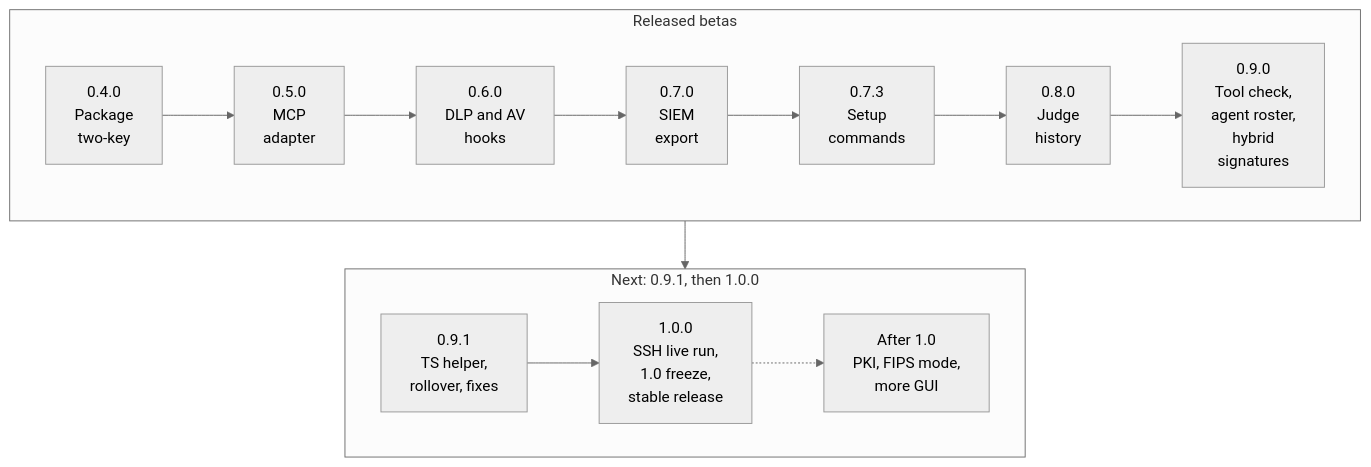
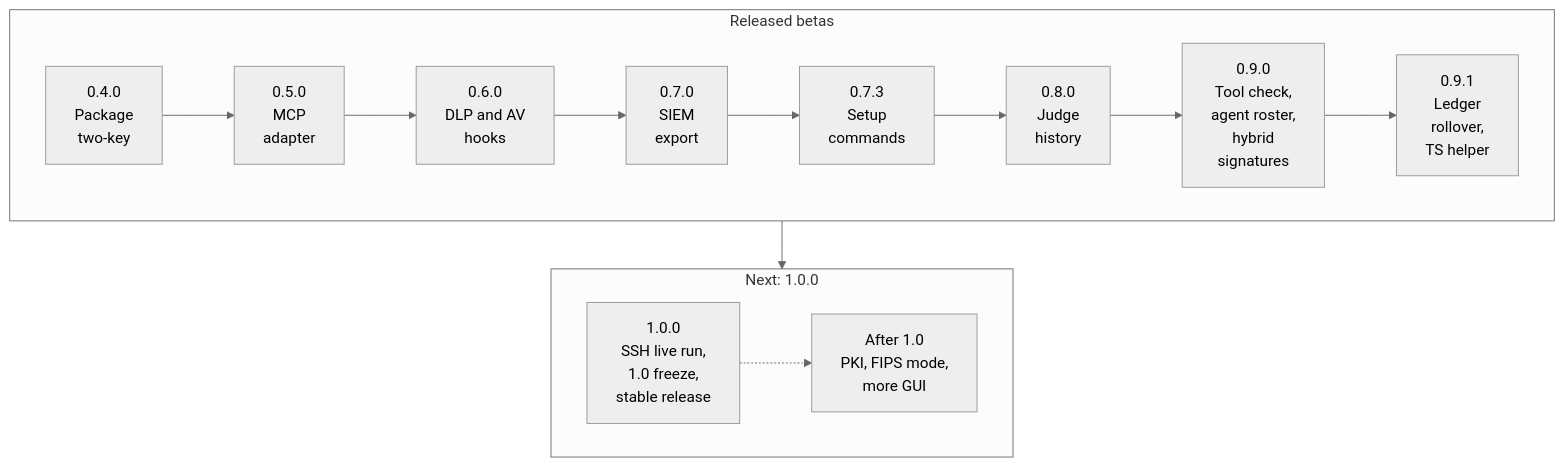
Before and after one commit to Insomniac-VibeLabs/two-key: the diagram in ROADMAP.md, drawn with Mermaid (neutral theme). The commit also changed other lines of this file and 7 other files, not shown here.

First line of the commit message:
Release 0.9.1: install pins, README/ROADMAP/PYPI/llms status, CHANGES release summary

````diff
--- a/ROADMAP.md
+++ b/ROADMAP.md
@@ -43,12 +43,12 @@
 ```mermaid
 flowchart TD
   subgraph done["Released betas"]
     direction LR
-    r04["0.4.0<br/>Package<br/>two-key"] --> r05["0.5.0<br/>MCP<br/>adapter"] --> r06["0.6.0<br/>DLP and AV<br/>hooks"] --> r07["0.7.0<br/>SIEM<br/>export"] --> r073["0.7.3<br/>Setup<br/>commands"] --> r08["0.8.0<br/>Judge<br/>history"] --> r09["0.9.0<br/>Tool check,<br/>agent roster,<br/>hybrid<br/>signatures"]
+    r04["0.4.0<br/>Package<br/>two-key"] --> r05["0.5.0<br/>MCP<br/>adapter"] --> r06["0.6.0<br/>DLP and AV<br/>hooks"] --> r07["0.7.0<br/>SIEM<br/>export"] --> r073["0.7.3<br/>Setup<br/>commands"] --> r08["0.8.0<br/>Judge<br/>history"] --> r09["0.9.0<br/>Tool check,<br/>agent roster,<br/>hybrid<br/>signatures"] --> r091["0.9.1<br/>Ledger<br/>rollover,<br/>TS helper"]
   end
-  subgraph next["Next: 0.9.1, then 1.0.0"]
+  subgraph next["Next: 1.0.0"]
     direction LR
-    r091["0.9.1<br/>TS helper,<br/>rollover, fixes"] --> r10["1.0.0<br/>SSH live run,<br/>1.0 freeze,<br/>stable release"] -.-> after["After 1.0<br/>PKI, FIPS mode,<br/>more GUI"]
+    r10["1.0.0<br/>SSH live run,<br/>1.0 freeze,<br/>stable release"] -.-> after["After 1.0<br/>PKI, FIPS mode,<br/>more GUI"]
   end
   done --> next
 ```
````
